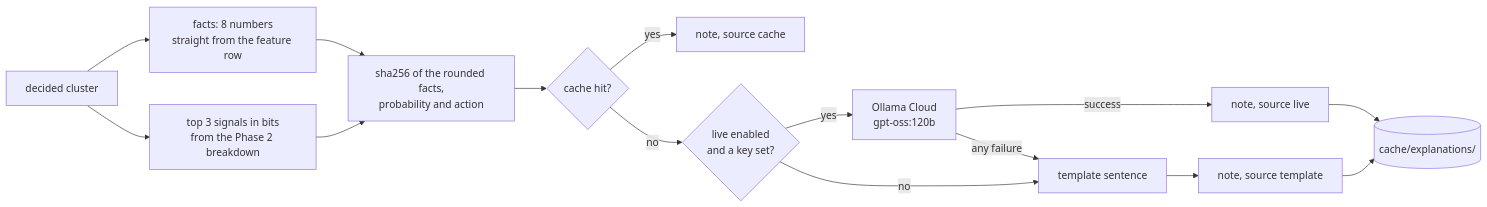
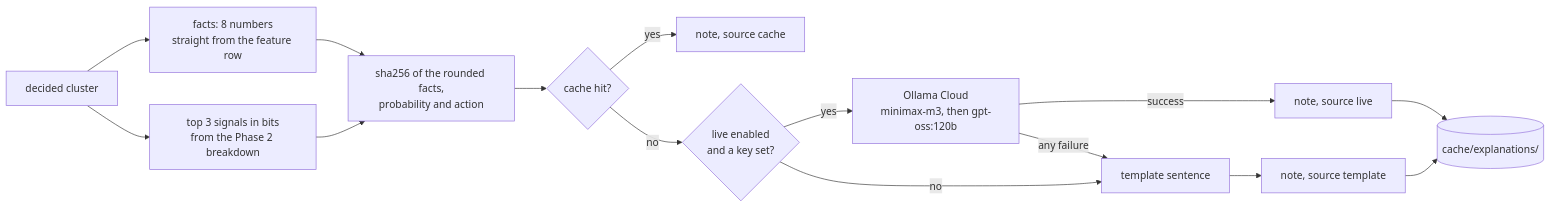
One commit to prawesh-12/jaal changed the diagram in docs/diagrams/L3-explain.md. Above: the diagram before and after it, drawn with Mermaid. The commit also changed 37 other files, not shown here.

````diff
--- a/docs/diagrams/L3-explain.md
+++ b/docs/diagrams/L3-explain.md
@@ -5,17 +5,17 @@
 ```mermaid
 flowchart LR
     D[decided cluster] --> F[facts: 8 numbers<br/>straight from the feature row]
     D --> S[top 3 signals in bits<br/>from the Phase 2 breakdown]
     F --> K[sha256 of the rounded facts,<br/>probability and action]
     S --> K
     K --> C{cache hit?}
     C -->|yes| OUT[note, source cache]
     C -->|no| L{live enabled<br/>and a key set?}
-    L -->|yes| O[Ollama Cloud<br/>gpt-oss:120b]
+    L -->|yes| O[Ollama Cloud<br/>minimax-m3, then gpt-oss:120b]
     L -->|no| T[template sentence]
     O -->|success| OUT2[note, source live]
     O -->|any failure| T
     T --> OUT3[note, source template]
     OUT2 --> W[(cache/explanations/)]
     OUT3 --> W
 ```
````
